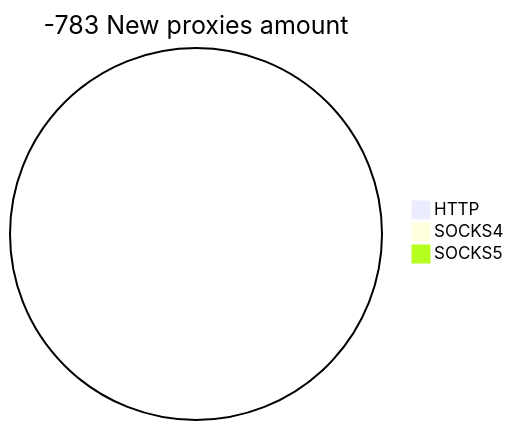
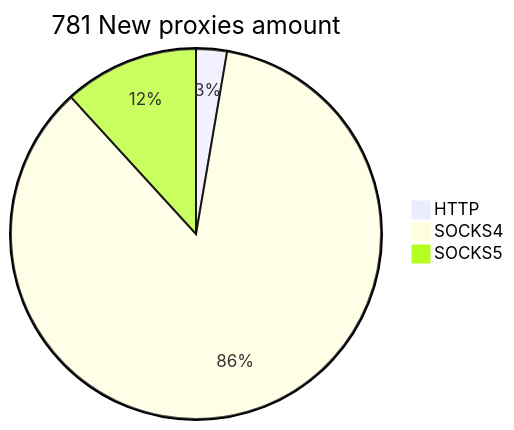
The second of 2 diagrams in README.md (cutipu/proxylist), drawn with Mermaid before and after one commit. The commit also changed other lines of this file, not shown here.

````diff
--- a/README.md
+++ b/README.md
@@ -10,6 +10,6 @@
 ```mermaid
-pie title -783 New proxies amount
-    "HTTP" : 0
-    "SOCKS4" : 0
-    "SOCKS5" : 0
+pie title 781 New proxies amount
+    "HTTP" : 21
+    "SOCKS4" : 668
+    "SOCKS5" : 92
 ```
````
